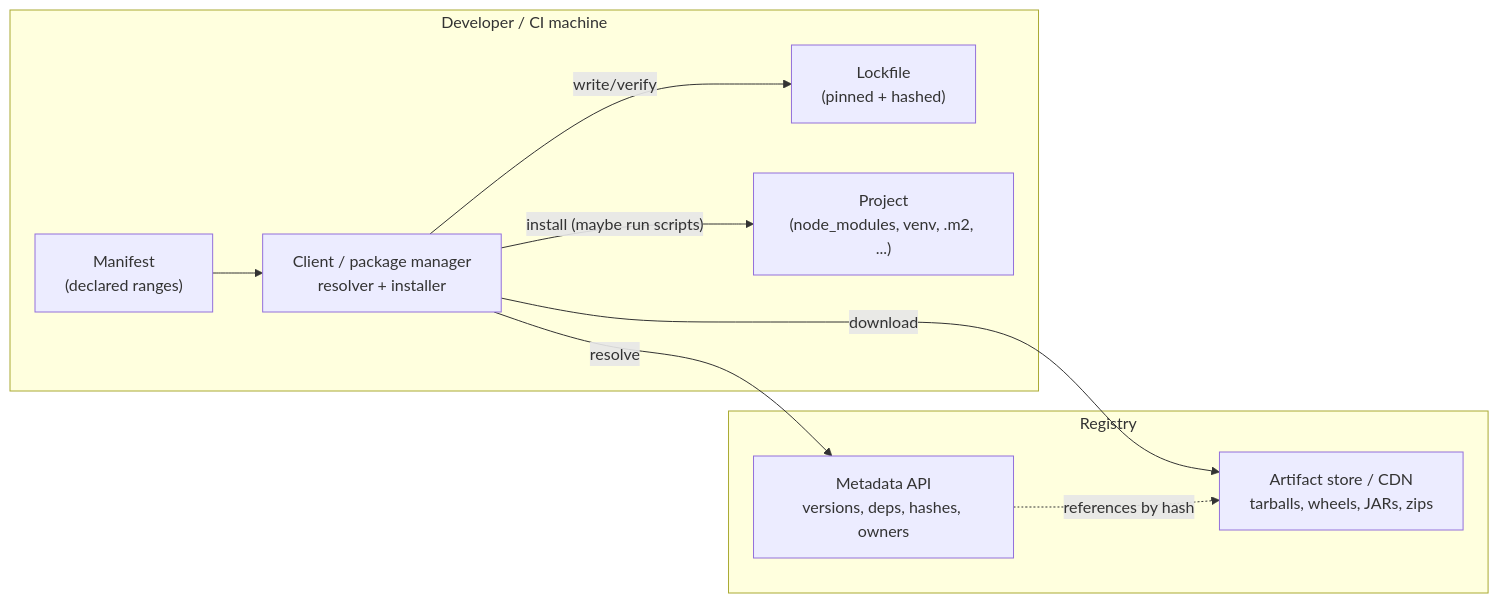
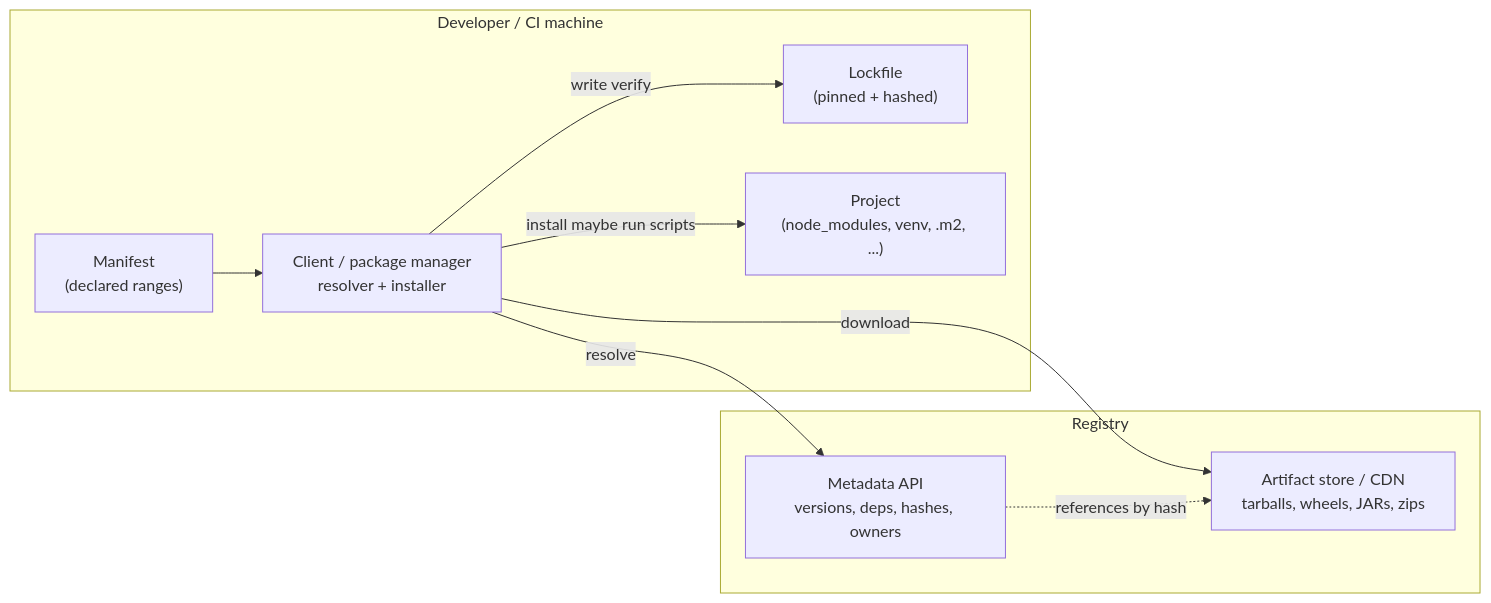
Before and after one commit to bumbsclaw/textbooks: the first of 6 diagrams in book-02-dependencies/ch01-registries-trust-models.md, drawn with Mermaid. The commit also changed other lines of this file and 173 other files, not shown here.

First line of the commit message:
fix(mermaid): close note brackets, semicolons in Notes, stateDiagram br -> dash, edge parens

````diff
--- a/book-02-dependencies/ch01-registries-trust-models.md
+++ b/book-02-dependencies/ch01-registries-trust-models.md
@@ -83,19 +83,19 @@
 ```mermaid
 flowchart LR
     subgraph dev["Developer / CI machine"]
         M["Manifest<br/>(declared ranges)"]
         L["Lockfile<br/>(pinned + hashed)"]
         C["Client / package manager<br/>resolver + installer"]
         PROJ["Project<br/>(node_modules, venv, .m2, ...)"]
     end
     subgraph reg["Registry"]
         META["Metadata API<br/>versions, deps, hashes, owners"]
         ART["Artifact store / CDN<br/>tarballs, wheels, JARs, zips"]
     end
     M --> C
     C -->|"resolve"| META
     C -->|"download"| ART
-    C -->|"write/verify"| L
-    C -->|"install (maybe run scripts)"| PROJ
+    C -->|"write verify"| L
+    C -->|"install maybe run scripts "| PROJ
     META -.->|"references by hash"| ART
 ```
````
